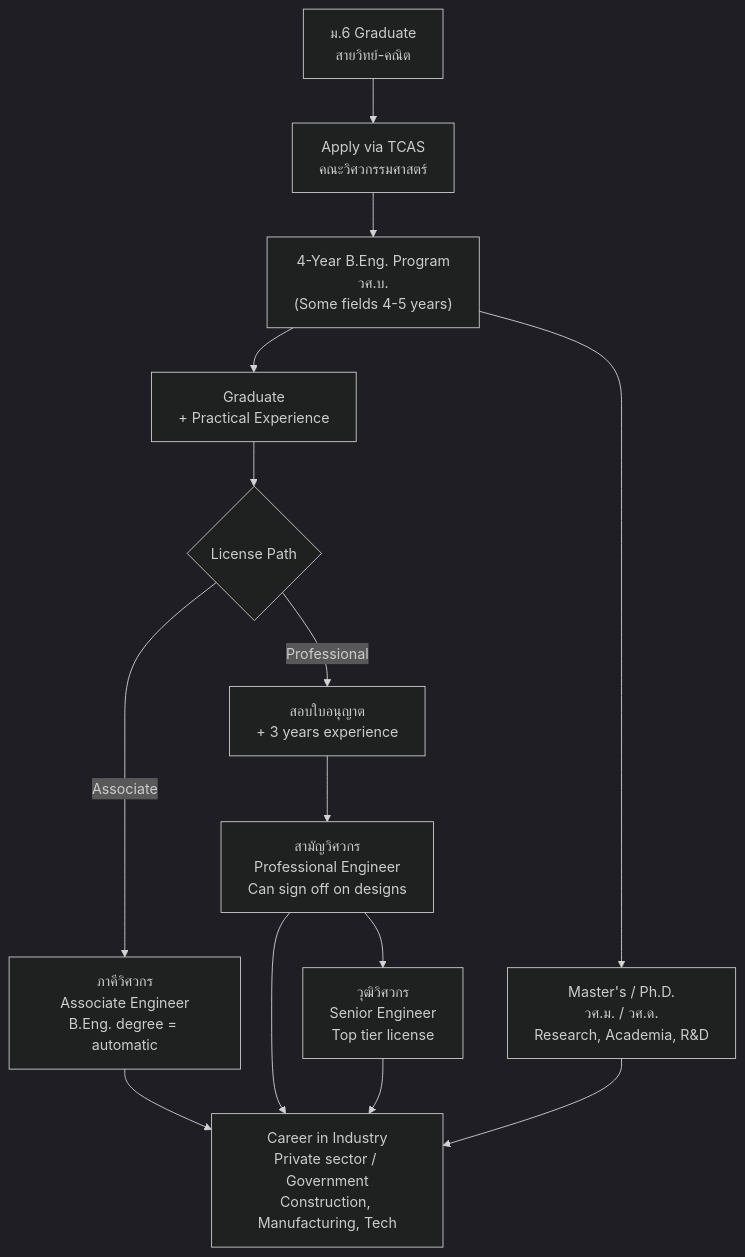
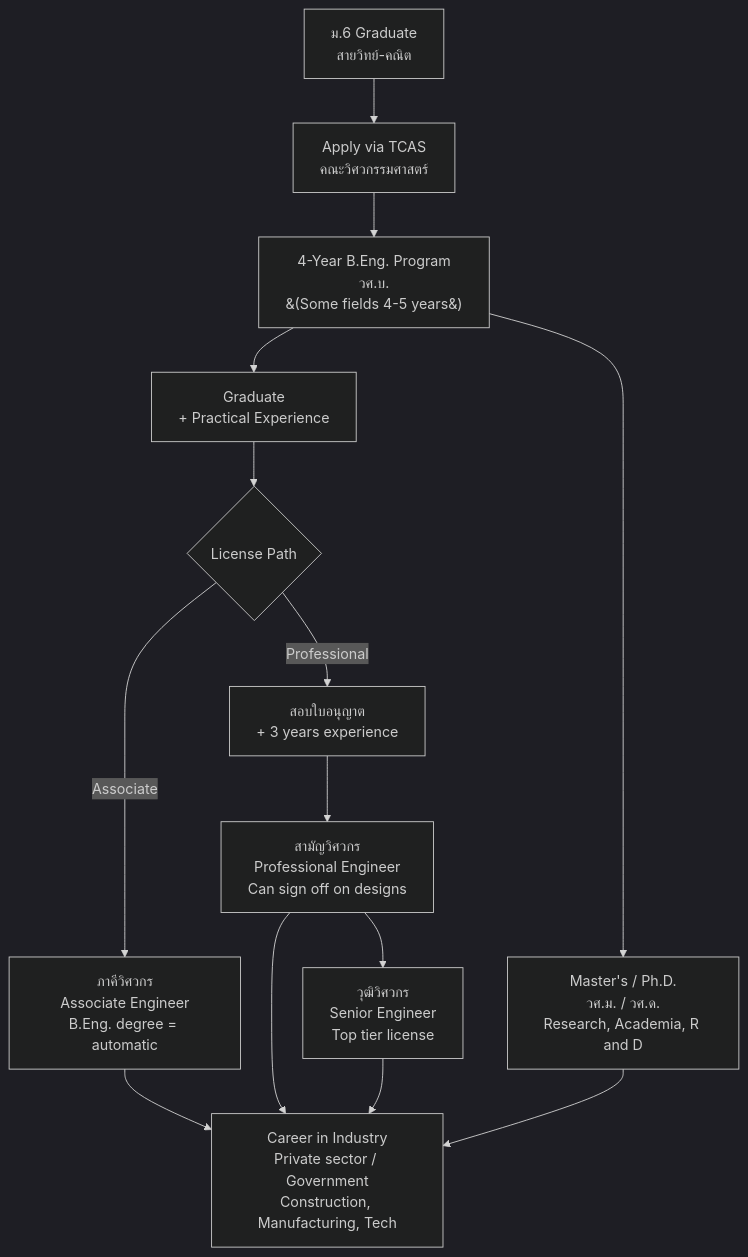
The diagram in career/engineer/Engineer - Overview.md (oat431/general-knowledge), drawn with Mermaid (dark theme) before and after one commit. The commit also changed 29 other files, not shown here.

Commit message:
vault backup: 2026-07-28 00:14:47: add lawyer note and fix a error diagram

````diff
--- a/career/engineer/Engineer - Overview.md
+++ b/career/engineer/Engineer - Overview.md
@@ -30,16 +30,16 @@
 ```mermaid
-graph TD
+flowchart TD
     A[ม.6 Graduate<br/>สายวิทย์-คณิต] --> B[Apply via TCAS<br/>คณะวิศวกรรมศาสตร์]
-    B --> C["4-Year B.Eng. Program<br/>วศ.บ.<br/>(Some fields 4-5 years)"]
+    B --> C["4-Year B.Eng. Program<br/>วศ.บ.<br/>&#40;Some fields 4-5 years&#41;"]
     C --> D["Graduate<br/>+ Practical Experience"]
     D --> E{License Path}
     E -->|Associate| F["ภาคีวิศวกร<br/>Associate Engineer<br/>B.Eng. degree = automatic"]
     E -->|Professional| G["สอบใบอนุญาต<br/>+ 3 years experience"]
     G --> H["สามัญวิศวกร<br/>Professional Engineer<br/>Can sign off on designs"]
     H --> I["วุฒิวิศวกร<br/>Senior Engineer<br/>Top tier license"]
     F --> J[Career in Industry<br/>Private sector / Government<br/>Construction, Manufacturing, Tech]
     H --> J
     I --> J
-    C --> K["Master's / Ph.D.<br/>วศ.ม. / วศ.ด.<br/>Research, Academia, R&D"]
+    C --> K["Master's / Ph.D.<br/>วศ.ม. / วศ.ด.<br/>Research, Academia, R and D"]
     K --> J
 ```
````
